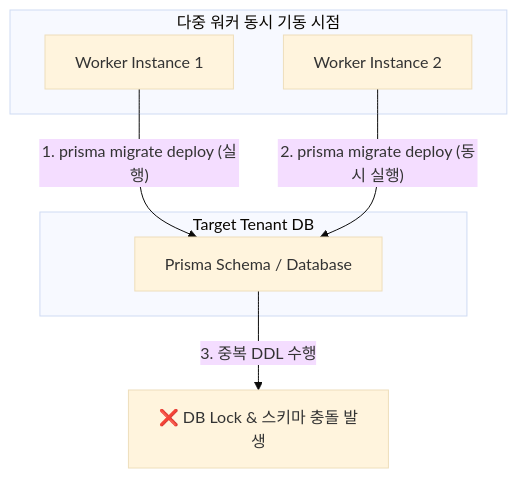
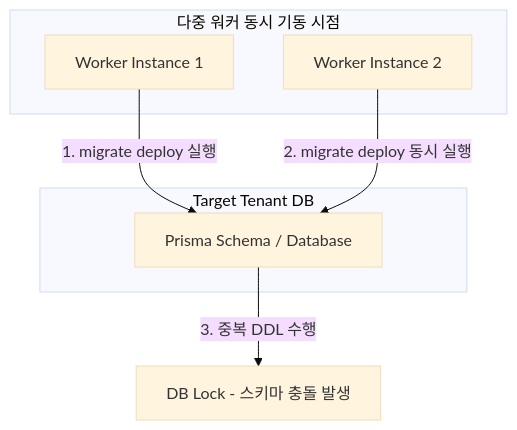
The third of 5 diagrams in README.md (4cozm/Bonsai-Bot-V2), drawn with Mermaid (base theme) before and after one commit. The commit also changed other lines of this file, not shown here.

Commit message:
docs: Mermaid 다이어그램 렌더링 오류 수정

````diff
--- a/README.md
+++ b/README.md
@@ -127,14 +120,14 @@
     ```mermaid
     graph TD
         subgraph MultiInstance["다중 워커 동시 기동 시점"]
             W1["Worker Instance 1"]
             W2["Worker Instance 2"]
         end
         subgraph DB["Target Tenant DB"]
             Schema["Prisma Schema / Database"]
         end
 
-        W1 -- "1. prisma migrate deploy (실행)" --> Schema
-        W2 -- "2. prisma migrate deploy (동시 실행)" --> Schema
-        Schema -- "3. 중복 DDL 수행" --> Crash["❌ DB Lock & 스키마 충돌 발생"]
+        W1 -- "1. migrate deploy 실행" --> Schema
+        W2 -- "2. migrate deploy 동시 실행" --> Schema
+        Schema -- "3. 중복 DDL 수행" --> Crash["DB Lock - 스키마 충돌 발생"]
     ```
````
